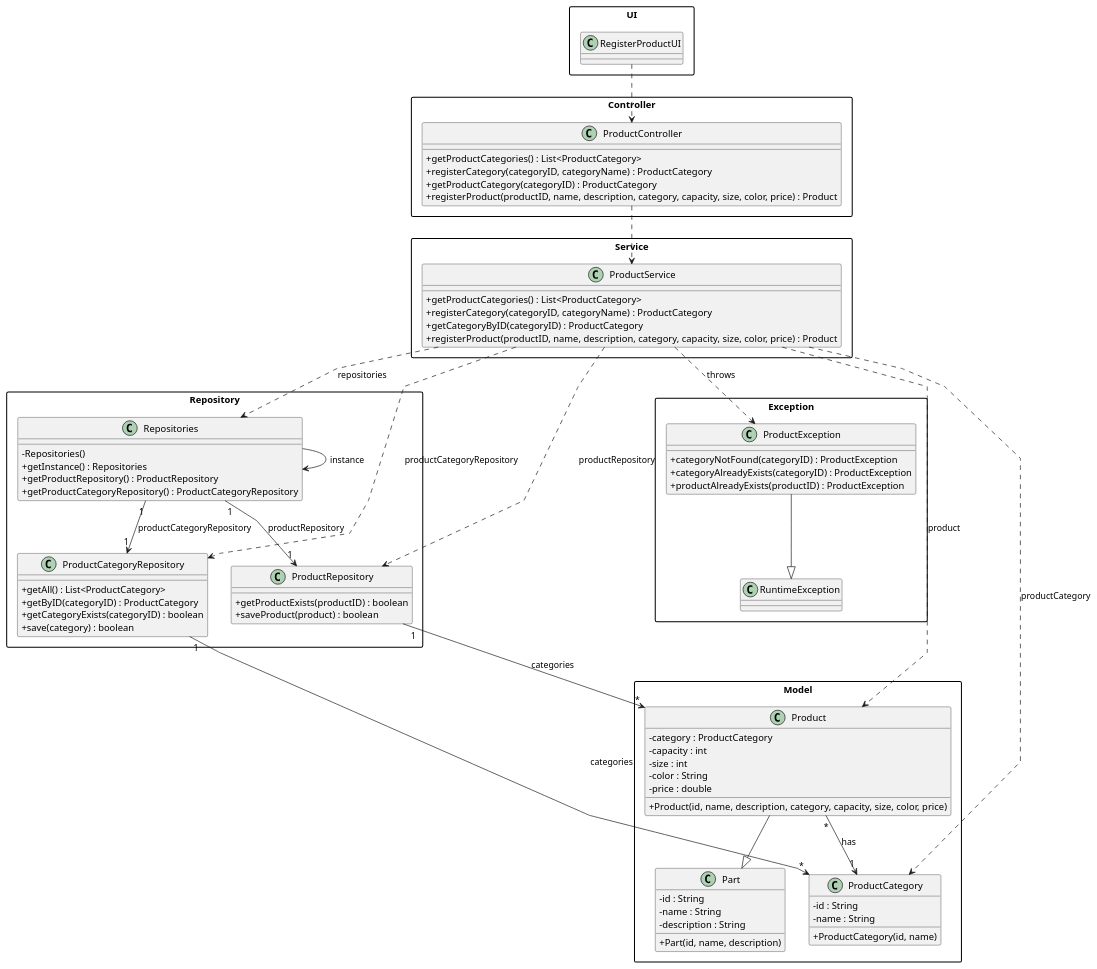
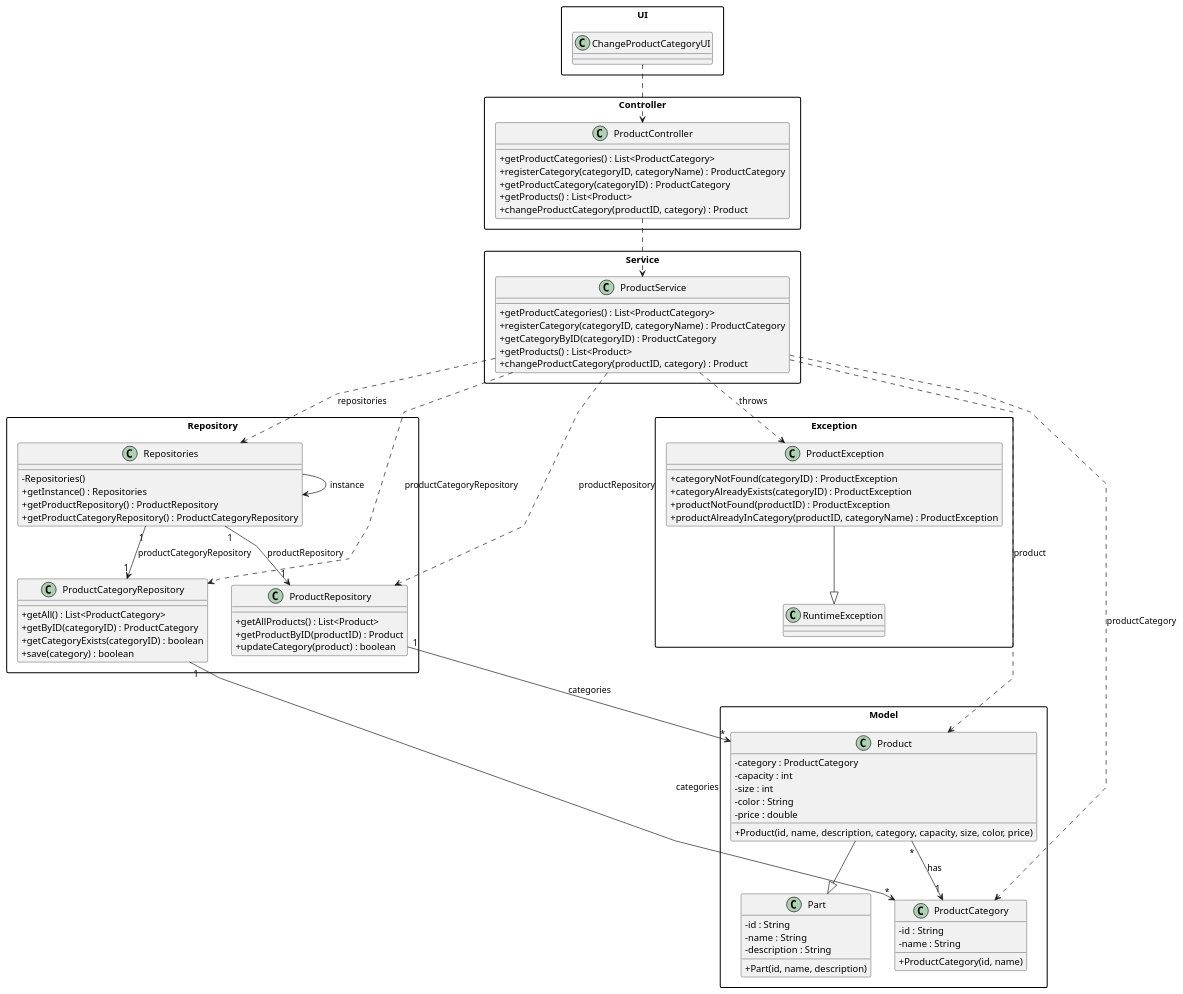
The diagram in documentation/user-stories/us011/03.design/puml/us011-class-diagram.puml (daniel41silva05/Production_Control_Industrial_ISEP), drawn with PlantUML before and after one commit. The commit also changed 9 other files, not shown here.

```diff
--- a/documentation/user-stories/us011/03.design/puml/us011-class-diagram.puml
+++ b/documentation/user-stories/us011/03.design/puml/us011-class-diagram.puml
@@ -1,102 +1,106 @@
 @startuml
 skinparam packageStyle rectangle
 skinparam shadowing false
 skinparam linetype polyline
 skinparam classAttributeIconSize 0
 
 package "UI" {
-    class RegisterProductUI {
+    class ChangeProductCategoryUI {
     }
 }
 
 package "Controller" {
     class ProductController {
         +getProductCategories() : List<ProductCategory>
         +registerCategory(categoryID, categoryName) : ProductCategory
         +getProductCategory(categoryID) : ProductCategory
-        +registerProduct(productID, name, description, category, capacity, size, color, price) : Product
+        +getProducts() : List<Product>
+        +changeProductCategory(productID, category) : Product
     }
 }
 
 package "Service" {
     class ProductService {
         +getProductCategories() : List<ProductCategory>
         +registerCategory(categoryID, categoryName) : ProductCategory
         +getCategoryByID(categoryID) : ProductCategory
-        +registerProduct(productID, name, description, category, capacity, size, color, price) : Product
+        +getProducts() : List<Product>
+        +changeProductCategory(productID, category) : Product
     }
 }
 
 package "Repository" {
     class Repositories {
         -Repositories()
         +getInstance() : Repositories
         +getProductRepository() : ProductRepository
         +getProductCategoryRepository() : ProductCategoryRepository
     }
 
     class ProductCategoryRepository {
         +getAll() : List<ProductCategory>
         +getByID(categoryID) : ProductCategory
         +getCategoryExists(categoryID) : boolean
         +save(category) : boolean
     }
 
     class ProductRepository {
-        +getProductExists(productID) : boolean
-        +saveProduct(product) : boolean
+        +getAllProducts() : List<Product>
+        +getProductByID(productID) : Product
+        +updateCategory(product) : boolean
     }
 }
 
 package "Model" {
     class Part {
         -id : String
         -name : String
         -description : String
         +Part(id, name, description)
     }
 
     class Product {
         -category : ProductCategory
         -capacity : int
         -size : int
         -color : String
         -price : double
         +Product(id, name, description, category, capacity, size, color, price)
     }
 
     class ProductCategory {
         -id : String
         -name : String
         +ProductCategory(id, name)
     }
 }
 
 package "Exception" {
     class ProductException {
         +categoryNotFound(categoryID) : ProductException
         +categoryAlreadyExists(categoryID) : ProductException
-        +productAlreadyExists(productID) : ProductException
+        +productNotFound(productID) : ProductException
+        +productAlreadyInCategory(productID, categoryName) : ProductException
     }
 
     class RuntimeException
 }
 
-RegisterProductUI ..> ProductController
+ChangeProductCategoryUI ..> ProductController
 ProductController ..> ProductService
 ProductService ..> Repositories : repositories
 ProductService ..> ProductRepository : productRepository
 ProductService ..> ProductCategoryRepository : productCategoryRepository
 ProductService ..> Product : product
 ProductService ..> ProductCategory : productCategory
 Repositories --> Repositories : instance
 Repositories "1" --> "1" ProductRepository : productRepository
 Repositories "1" --> "1" ProductCategoryRepository : productCategoryRepository
 ProductRepository "1" --> "*" Product : categories
 ProductCategoryRepository "1" --> "*" ProductCategory : categories
 Product "*" --> "1" ProductCategory : has
 Product --|> Part
 ProductService ..> ProductException : throws
 ProductException --|> RuntimeException
 
 @enduml
```
